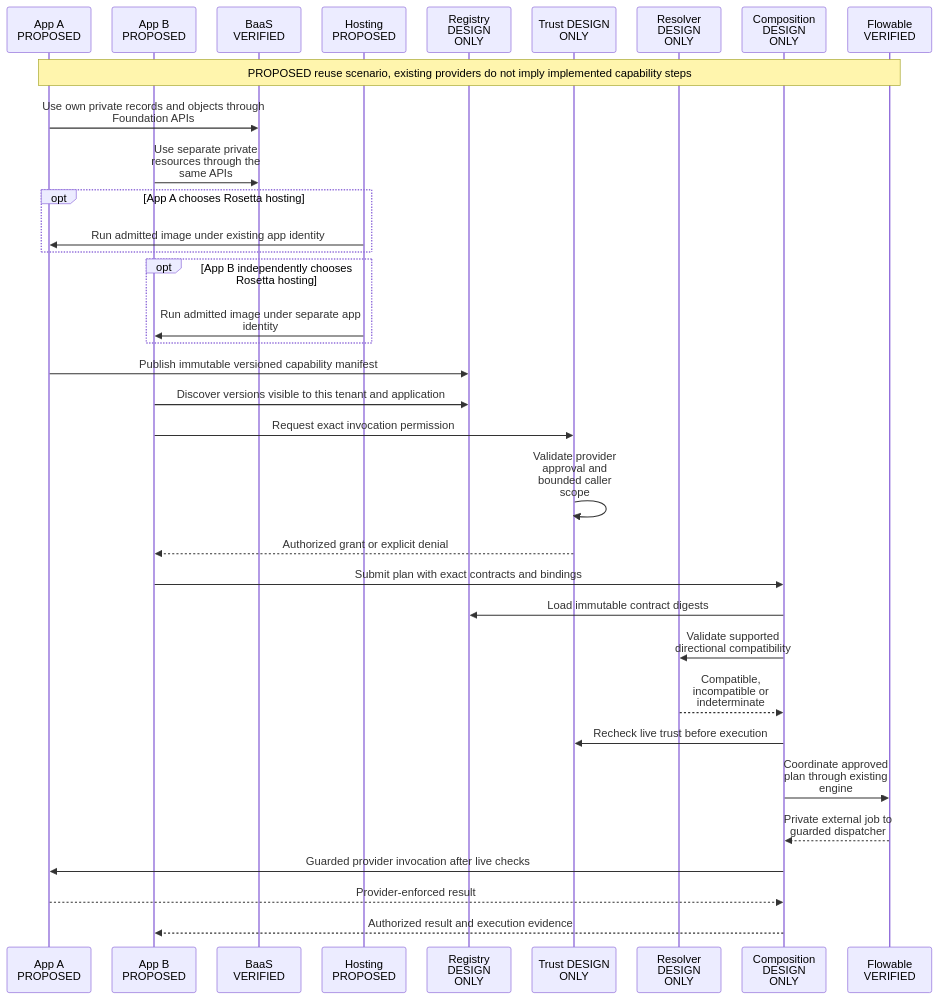
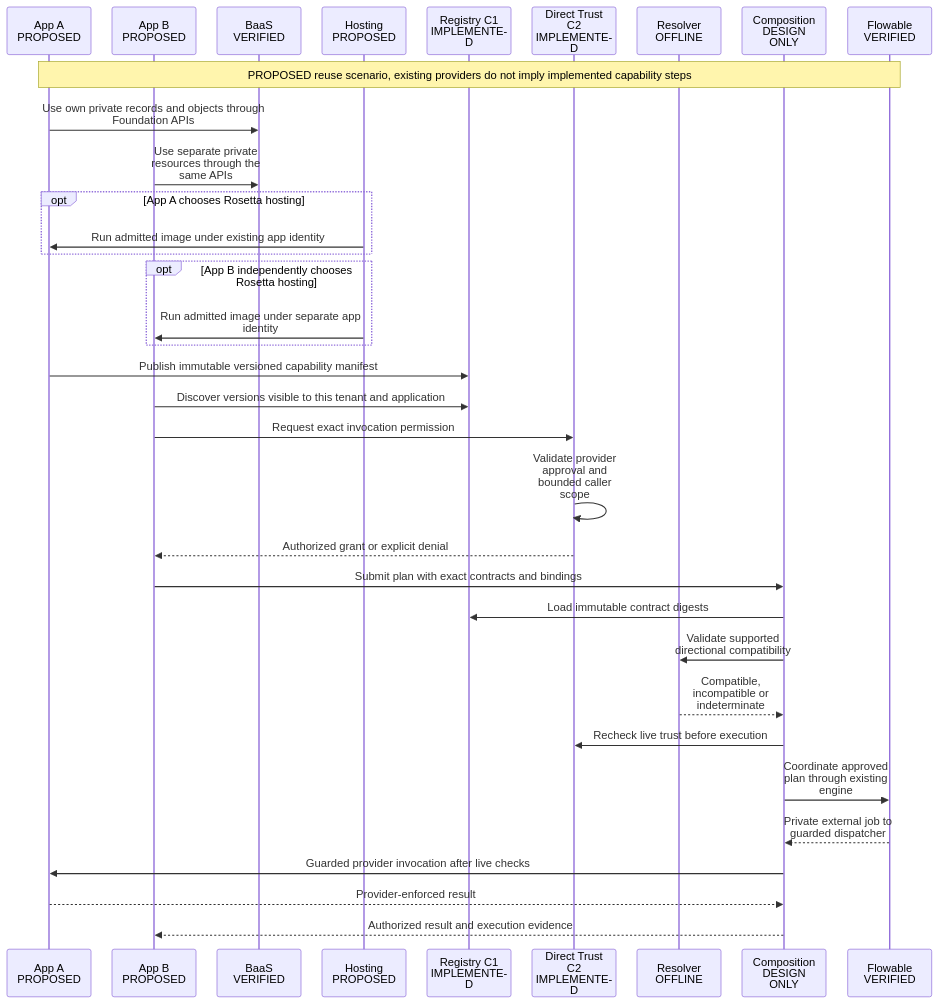
Before and after one commit to NHMNDaizoken/Rosetta: the eighth of 8 diagrams in docs/architecture/ARCHITECTURE_MAPS.md, drawn with Mermaid. The commit also changed other lines of this file and 25 other files, not shown here.

````diff
--- a/docs/architecture/ARCHITECTURE_MAPS.md
+++ b/docs/architecture/ARCHITECTURE_MAPS.md
@@ -327,37 +334,37 @@
 ```mermaid
 %%{init: {"sequence": {"wrap": true, "actorMargin": 30, "width": 120}}}%%
 sequenceDiagram
   participant A as App A PROPOSED
   participant B as App B PROPOSED
   participant F as BaaS VERIFIED
   participant H as Hosting PROPOSED
-  participant R as Registry DESIGN ONLY
-  participant T as Trust DESIGN ONLY
-  participant V as Resolver DESIGN ONLY
+  participant R as Registry C1 IMPLEMENTED
+  participant T as Direct Trust C2 IMPLEMENTED
+  participant V as Resolver OFFLINE
   participant C as Composition DESIGN ONLY
   participant W as Flowable VERIFIED
   Note over A,W: PROPOSED reuse scenario, existing providers do not imply implemented capability steps
   A->>F: Use own private records and objects through Foundation APIs
   B->>F: Use separate private resources through the same APIs
   opt App A chooses Rosetta hosting
     H->>A: Run admitted image under existing app identity
   end
   opt App B independently chooses Rosetta hosting
     H->>B: Run admitted image under separate app identity
   end
   A->>R: Publish immutable versioned capability manifest
   B->>R: Discover versions visible to this tenant and application
   B->>T: Request exact invocation permission
   T->>T: Validate provider approval and bounded caller scope
   T-->>B: Authorized grant or explicit denial
   B->>C: Submit plan with exact contracts and bindings
   C->>R: Load immutable contract digests
   C->>V: Validate supported directional compatibility
   V-->>C: Compatible, incompatible or indeterminate
   C->>T: Recheck live trust before execution
   C->>W: Coordinate approved plan through existing engine
   W-->>C: Private external job to guarded dispatcher
   C->>A: Guarded provider invocation after live checks
   A-->>C: Provider-enforced result
   C-->>B: Authorized result and execution evidence
 ```
````
